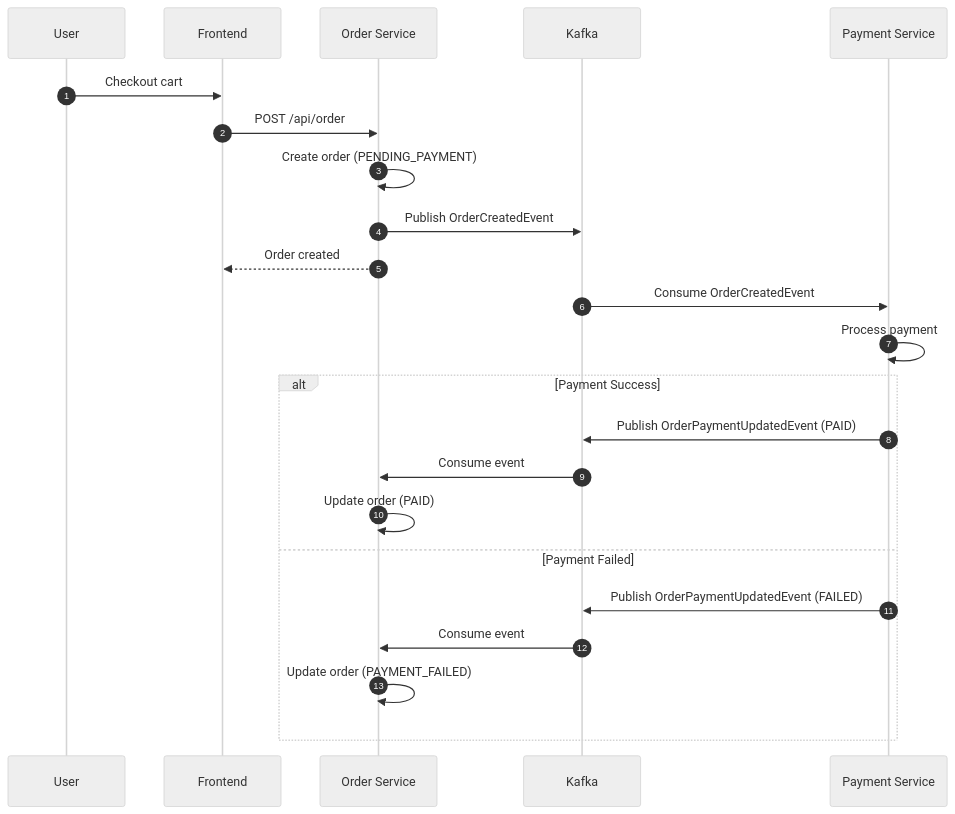
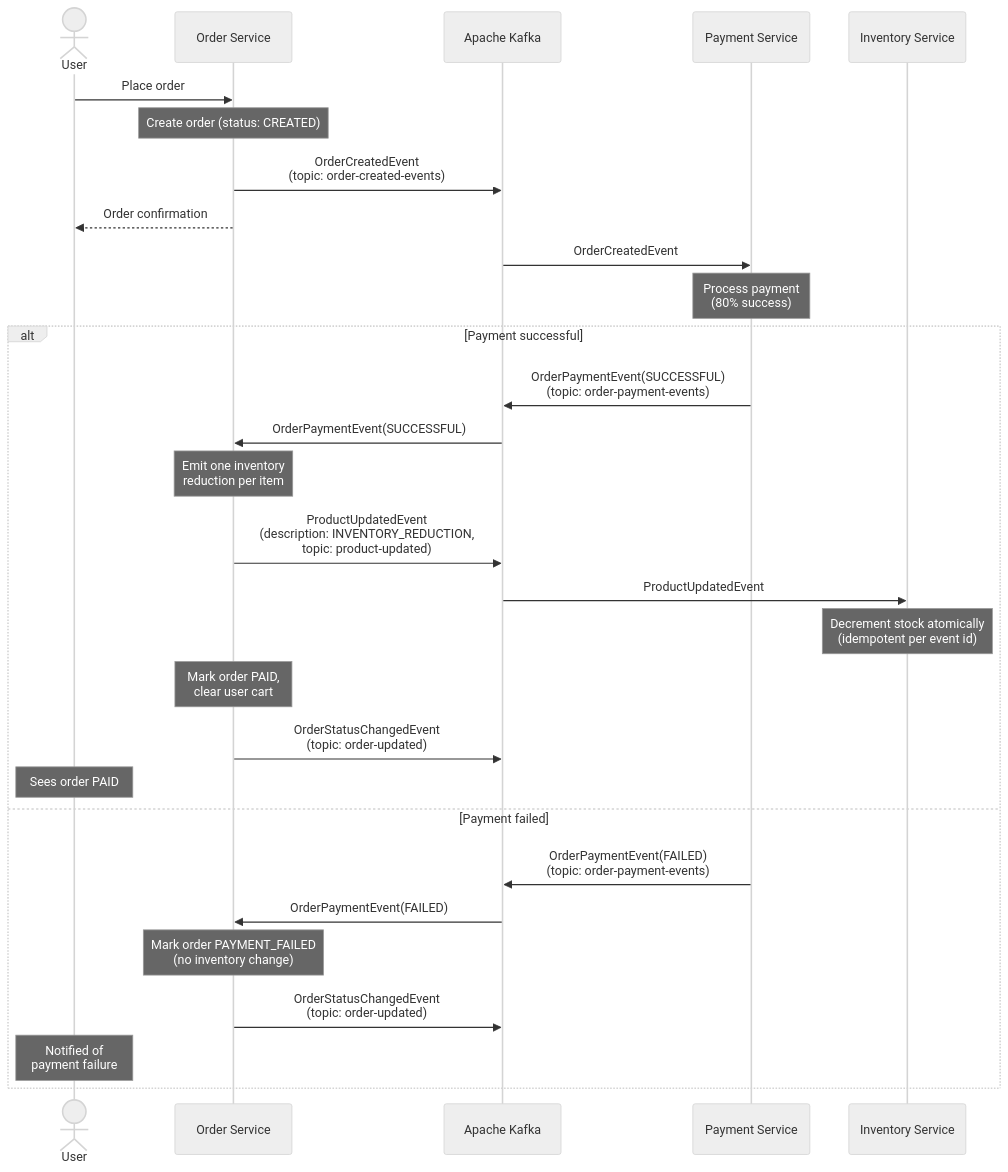
Before and after one commit to metao1/microservice-online-store: the fourth of 6 diagrams in docs/ARCHITECTURE.md, drawn with Mermaid (neutral theme). The commit also changed other lines of this file and 92 other files, not shown here.

````diff
--- a/docs/ARCHITECTURE.md
+++ b/docs/ARCHITECTURE.md
@@ -107,27 +84,40 @@
 ```mermaid
 sequenceDiagram
-    autonumber
-    participant U as User
-    participant F as Frontend
-    participant O as Order Service
-    participant K as Kafka
-    participant P as Payment Service
+    actor User
+    participant Order as Order Service
+    participant Kafka as Apache Kafka
+    participant Payment as Payment Service
+    participant Inventory as Inventory Service
 
-    U->>F: Checkout cart
-    F->>O: POST /api/order
-    O->>O: Create order (PENDING_PAYMENT)
-    O->>K: Publish OrderCreatedEvent
-    O-->>F: Order created
+    %% Order creation
+    User->>Order: Place order
+    Note over Order: Create order (status: CREATED)
+    Order->>Kafka: OrderCreatedEvent<br/>(topic: order-created-events)
+    Order-->>User: Order confirmation
 
-    K->>P: Consume OrderCreatedEvent
-    P->>P: Process payment
-    alt Payment Success
-        P->>K: Publish OrderPaymentUpdatedEvent (PAID)
-        K->>O: Consume event
-        O->>O: Update order (PAID)
-    else Payment Failed
-        P->>K: Publish OrderPaymentUpdatedEvent (FAILED)
-        K->>O: Consume event
-        O->>O: Update order (PAYMENT_FAILED)
+    %% Payment
+    Kafka->>Payment: OrderCreatedEvent
+    Note over Payment: Process payment<br/>(80% success)
+
+    alt Payment successful
+        Payment->>Kafka: OrderPaymentEvent(SUCCESSFUL)<br/>(topic: order-payment-events)
+
+        Kafka->>Order: OrderPaymentEvent(SUCCESSFUL)
+        Note over Order: Emit one inventory<br/>reduction per item
+        Order->>Kafka: ProductUpdatedEvent<br/>(description: INVENTORY_REDUCTION,<br/>topic: product-updated)
+
+        Kafka->>Inventory: ProductUpdatedEvent
+        Note over Inventory: Decrement stock atomically<br/>(idempotent per event id)
+
+        Note over Order: Mark order PAID,<br/>clear user cart
+        Order->>Kafka: OrderStatusChangedEvent<br/>(topic: order-updated)
+        Note over User: Sees order PAID
+
+    else Payment failed
+        Payment->>Kafka: OrderPaymentEvent(FAILED)<br/>(topic: order-payment-events)
+        Kafka->>Order: OrderPaymentEvent(FAILED)
+        Note over Order: Mark order PAYMENT_FAILED<br/>(no inventory change)
+        Order->>Kafka: OrderStatusChangedEvent<br/>(topic: order-updated)
+        Note over User: Notified of<br/>payment failure
     end
 ```
````
